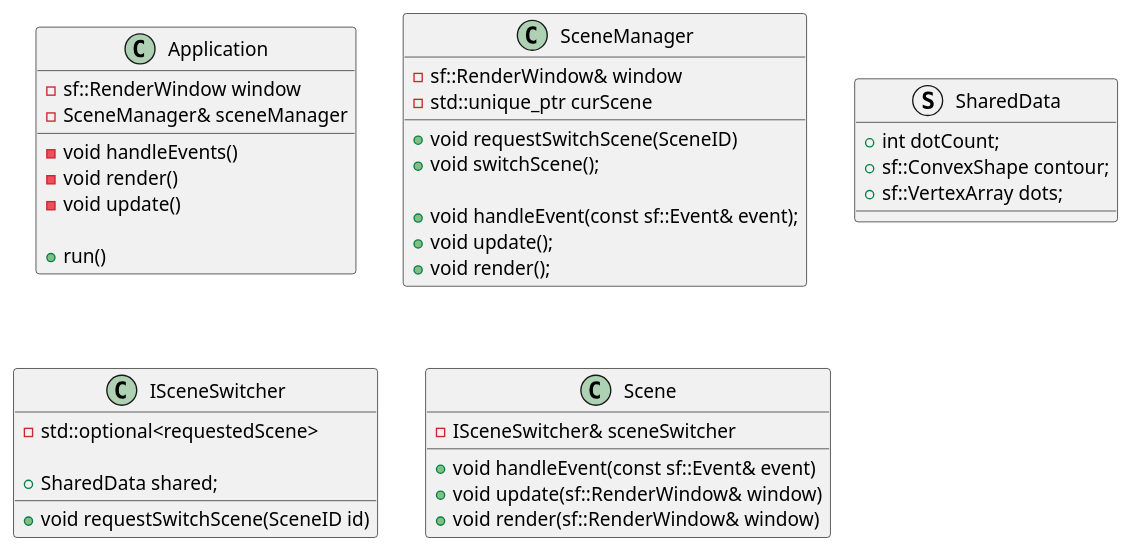
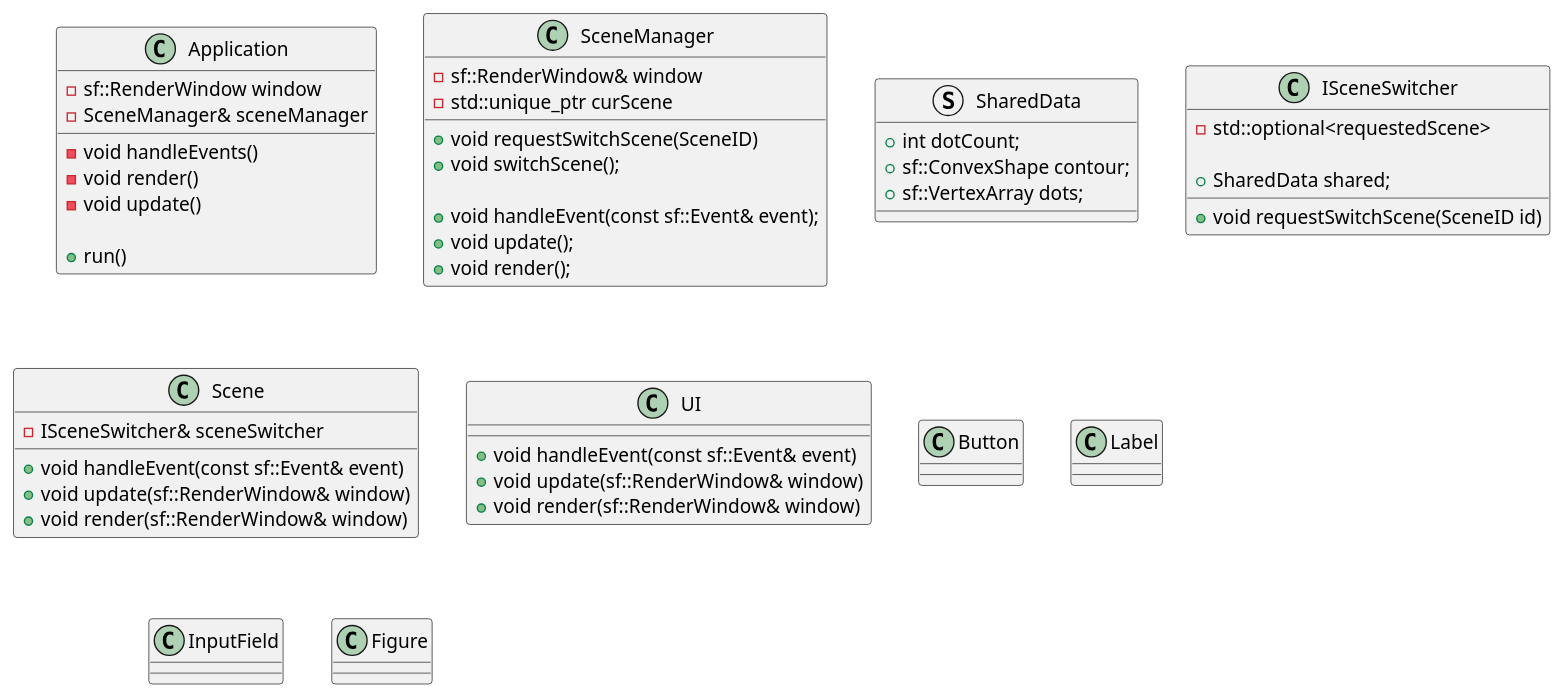
One commit to HoJLter/cpp-course changed the diagram in graph.puml. Above: the diagram before and after it, drawn with PlantUML. The commit also changed 14 other files, not shown here.

```diff
--- a/graph.puml
+++ b/graph.puml
@@ -1,45 +1,62 @@
 @startuml
 class Application{
     - sf::RenderWindow window
     - SceneManager& sceneManager
     - void handleEvents()
     - void render()
     - void update()
 
     + run()
 }
 
 class SceneManager{
     - sf::RenderWindow& window
     - std::unique_ptr curScene
 
     + void requestSwitchScene(SceneID)
     + void switchScene();
 
 	+ void handleEvent(const sf::Event& event);
 	+ void update();
 	+ void render();
 }
 
 struct SharedData{
     + int dotCount;
 	+ sf::ConvexShape contour;
 	+ sf::VertexArray dots;
 }
 
 class ISceneSwitcher{
     - std::optional<requestedScene>
 
     + SharedData shared;
 	+ void requestSwitchScene(SceneID id)
 }
 
 class Scene{
     - ISceneSwitcher& sceneSwitcher
     + void handleEvent(const sf::Event& event)
 	+ void update(sf::RenderWindow& window)
 	+ void render(sf::RenderWindow& window)
 }
 
+class UI{
+    + void handleEvent(const sf::Event& event)
+	+ void update(sf::RenderWindow& window)
+	+ void render(sf::RenderWindow& window)
+}
 
+class Button{
+
+}
+class Label{
+
+}
+class InputField{
+
+}
+class Figure{
+    
+}
 @enduml
```
